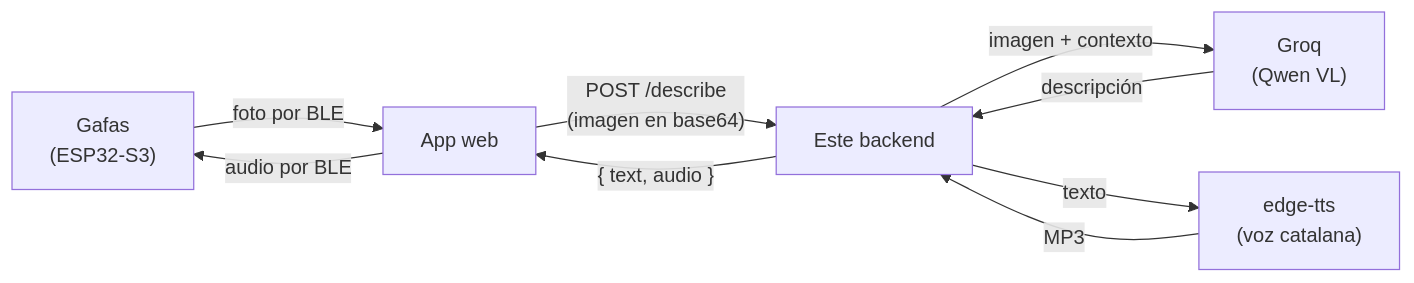
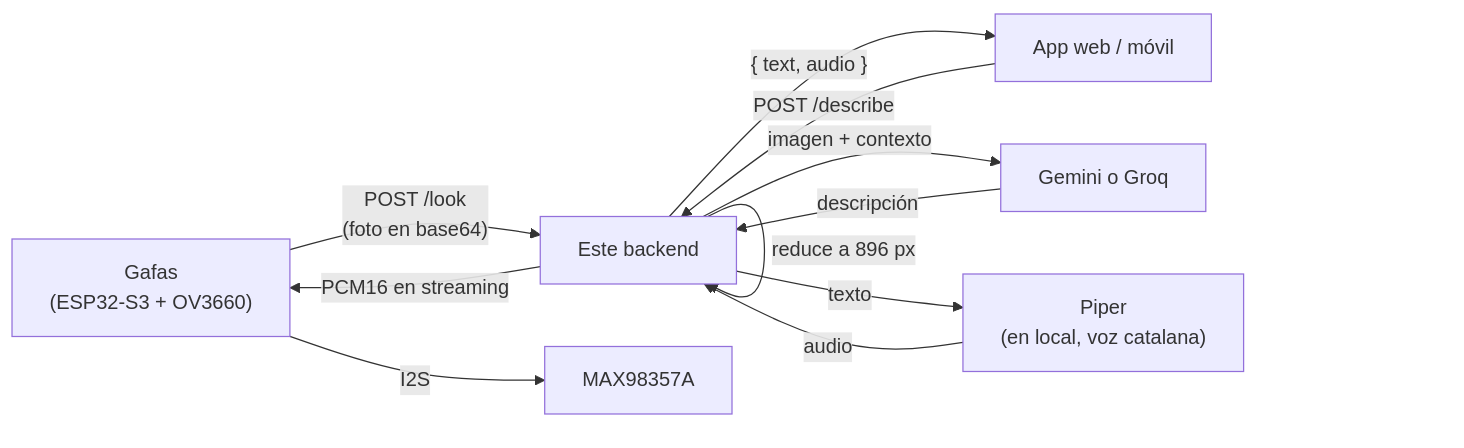
Before and after one commit to devvazquez/bonsai-backend: the diagram in README.md, drawn with Mermaid. The commit also changed other lines of this file and 4 other files, not shown here.

````diff
--- a/README.md
+++ b/README.md
@@ -13,11 +13,13 @@
 ```mermaid
 flowchart LR
-    A["Gafas<br/>(ESP32-S3)"] -- foto por BLE --> B["App web"]
-    B -- "POST /describe<br/>(imagen en base64)" --> C["Este backend"]
-    C -- imagen + contexto --> D["Groq<br/>(Qwen VL)"]
+    A["Gafas<br/>(ESP32-S3 + OV3660)"] -- "POST /look<br/>(foto en base64)" --> C["Este backend"]
+    B["App web / móvil"] -- "POST /describe" --> C
+    C -- reduce a 896 px --> C
+    C -- imagen + contexto --> D["Gemini o Groq"]
     D -- descripción --> C
-    C -- texto --> E["edge-tts<br/>(voz catalana)"]
-    E -- MP3 --> C
+    C -- texto --> E["Piper<br/>(en local, voz catalana)"]
+    E -- audio --> C
+    C -- "PCM16 en streaming" --> A
     C -- "{ text, audio }" --> B
-    B -- audio por BLE --> A
+    A -- I2S --> F["MAX98357A"]
 ```
````
